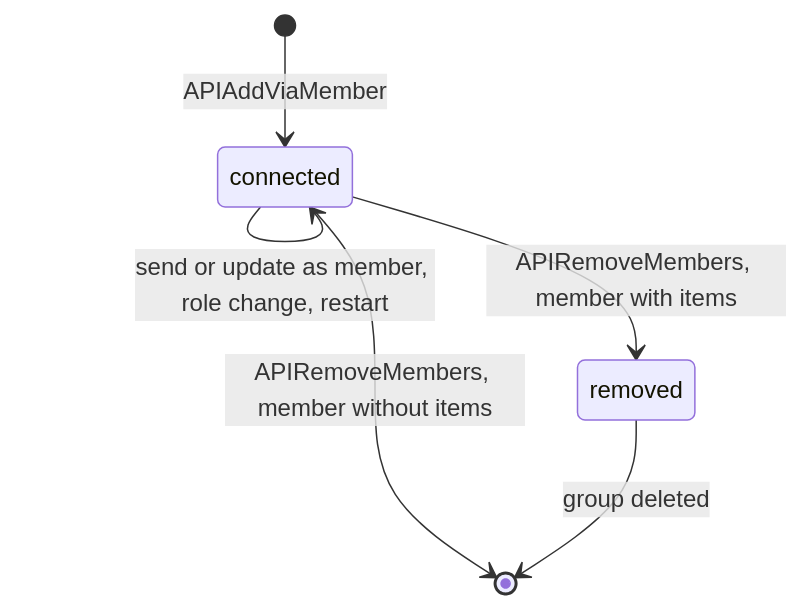
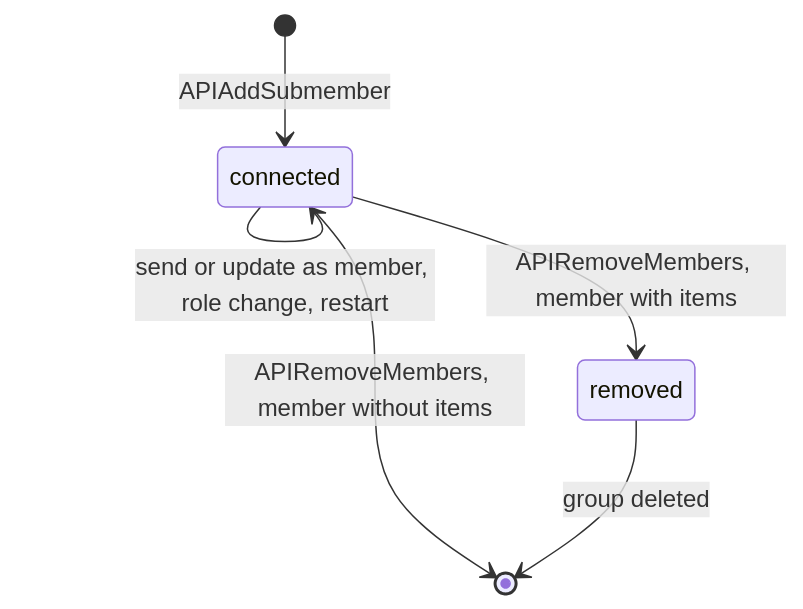
Before and after one commit to simplex-chat/simplex-chat: the third of 4 diagrams in plans/2026-11-22-submembers.md, drawn with Mermaid. The commit also changed other lines of this file, not shown here.

Commit message:
plans: submember names in the plan body

````diff
--- a/plans/2026-11-22-submembers.md
+++ b/plans/2026-11-22-submembers.md
@@ -290,8 +290,8 @@
 ```mermaid
 stateDiagram-v2
-  [*] --> connected: APIAddViaMember
+  [*] --> connected: APIAddSubmember
   connected --> connected: send or update as member, role change, restart
   connected --> removed: APIRemoveMembers, member with items
   connected --> [*]: APIRemoveMembers, member without items
   removed --> [*]: group deleted
 ```
````
